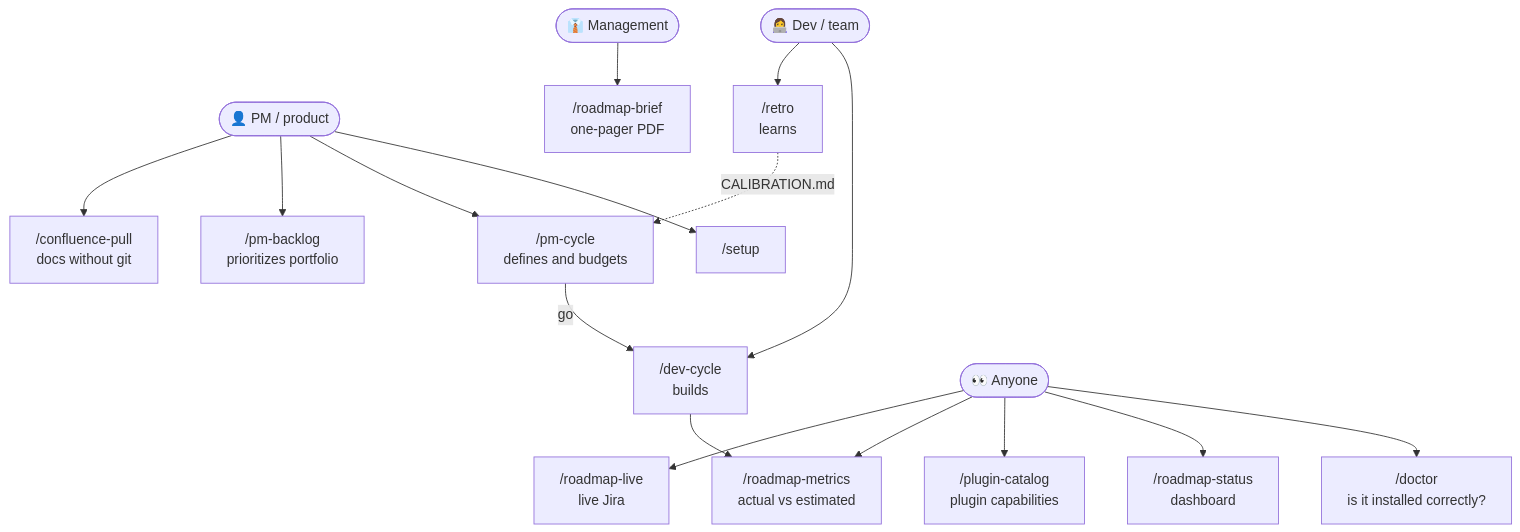
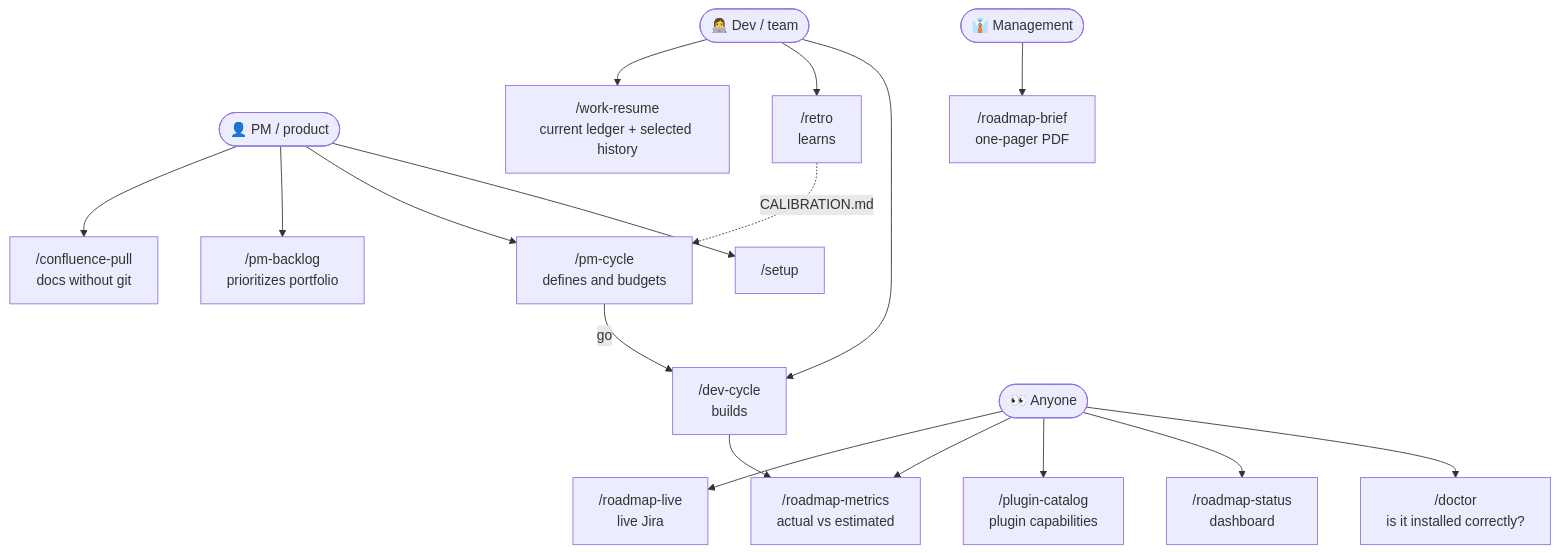
The first of 17 diagrams in docs/en/FLOWS.md (daycry/custom-agents), drawn with Mermaid before and after one commit. The commit also changed other lines of this file and 36 other files, not shown here.

Commit message:
feat: add directed work resume from ledger and journal

````diff
--- a/docs/en/FLOWS.md
+++ b/docs/en/FLOWS.md
@@ -12,18 +12,19 @@
 ```mermaid
 flowchart TD
     PM(["👤 PM / product"]) --> S0["/setup"]
     PM --> P1["/pm-cycle<br/>defines and budgets"]
     PM --> P2["/pm-backlog<br/>prioritizes portfolio"]
     PM --> P3["/confluence-pull<br/>docs without git"]
     DEV(["👩‍💻 Dev / team"]) --> D1["/dev-cycle<br/>builds"]
     DEV --> D2["/retro<br/>learns"]
+    DEV --> D3["/work-resume<br/>current ledger + selected history"]
     DIR(["👔 Management"]) --> V1["/roadmap-brief<br/>one-pager PDF"]
     TODOS(["👀 Anyone"]) --> V0["/doctor<br/>is it installed correctly?"]
     TODOS --> V2["/roadmap-status<br/>dashboard"]
     TODOS --> V5["/plugin-catalog<br/>plugin capabilities"]
     TODOS --> V3["/roadmap-metrics<br/>actual vs estimated"]
     TODOS --> V4["/roadmap-live<br/>live Jira"]
     P1 -->|go| D1
     D1 --> V3
     D2 -.->|CALIBRATION.md| P1
 ```
````
